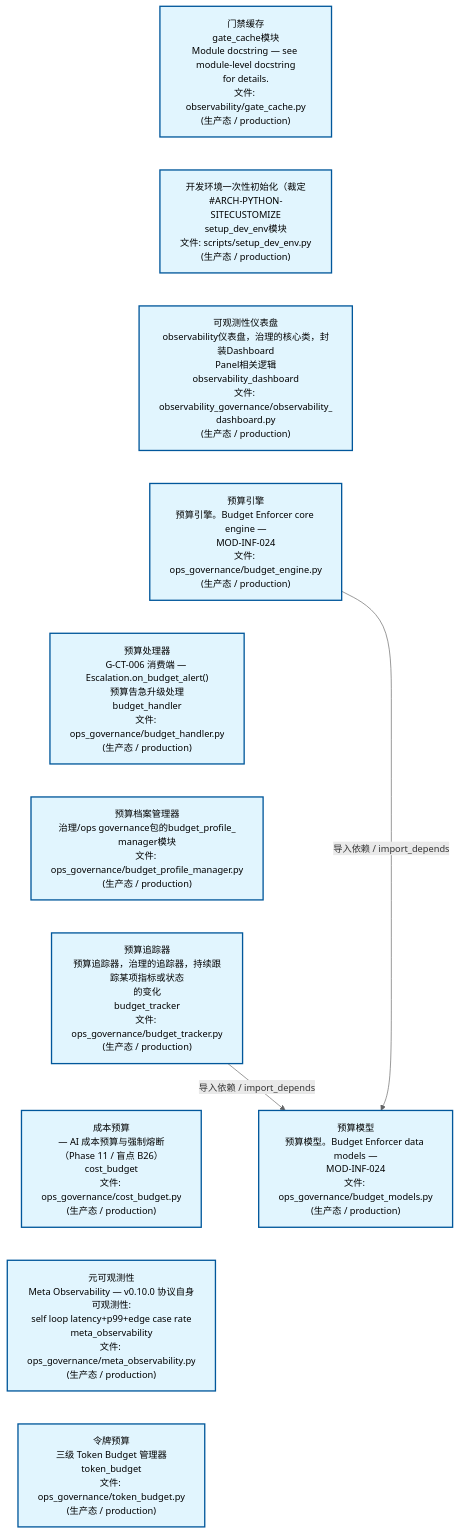
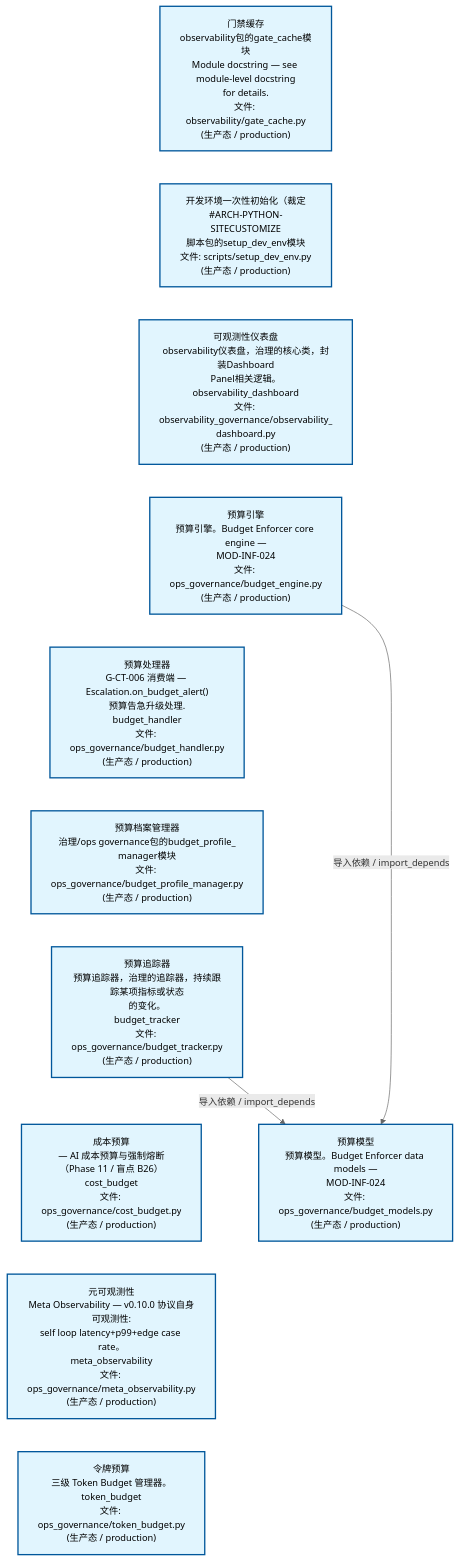
Before and after one commit to xuanFelixVan/ZephyrAlpha: the second of 3 diagrams in docs/02_enterprise_architecture/02_domain_architecture_docs/24_d_ops.md, drawn with Mermaid. The commit also changed other lines of this file and 58 other files, not shown here.

````diff
--- a/docs/02_enterprise_architecture/02_domain_architecture_docs/24_d_ops.md
+++ b/docs/02_enterprise_architecture/02_domain_architecture_docs/24_d_ops.md
@@ -125,31 +126,31 @@
 ```mermaid
 %%{init: {'theme': 'base', 'themeVariables': {'primaryColor': '#eaeaea', 'primaryTextColor': '#333333', 'primaryBorderColor': '#666666', 'lineColor': '#666666', 'secondaryColor': '#eaeaea', 'tertiaryColor': '#eaeaea', 'fontSize': '14px'}}}%%
 flowchart TD
-    scripts_governance_observability_gate_cache_py["门禁缓存<br/>gate_cache模块<br/>Module docstring — see module-level docstring<br/>for details.<br/>文件: observability/gate_cache.py<br/>(生产态 / production)"]
-    scripts_setup_dev_env_py["开发环境一次性初始化（裁定<br/>#ARCH-PYTHON-SITECUSTOMIZE<br/>setup_dev_env模块<br/>文件: scripts/setup_dev_env.py<br/>(生产态 / production)"]
-    src_zephyr_governance_observability_governance_observability_dashboard_py["可观测性仪表盘<br/>observability仪表盘，治理的核心类，封装Dashboard<br/>Panel相关逻辑<br/>observability_dashboard<br/>文件: observability_governance/observability_<br/>dashboard.py<br/>(生产态 / production)"]
+    scripts_governance_observability_gate_cache_py["门禁缓存<br/>observability包的gate_cache模块<br/>Module docstring — see module-level docstring<br/>for details.<br/>文件: observability/gate_cache.py<br/>(生产态 / production)"]
+    scripts_setup_dev_env_py["开发环境一次性初始化（裁定<br/>#ARCH-PYTHON-SITECUSTOMIZE<br/>脚本包的setup_dev_env模块<br/>文件: scripts/setup_dev_env.py<br/>(生产态 / production)"]
+    src_zephyr_governance_observability_governance_observability_dashboard_py["可观测性仪表盘<br/>observability仪表盘，治理的核心类，封装Dashboard<br/>Panel相关逻辑。<br/>observability_dashboard<br/>文件: observability_governance/observability_<br/>dashboard.py<br/>(生产态 / production)"]
     src_zephyr_governance_ops_governance_budget_engine_py["预算引擎<br/>预算引擎。Budget Enforcer core engine —<br/>MOD-INF-024<br/>文件: ops_governance/budget_engine.py<br/>(生产态 / production)"]
-    src_zephyr_governance_ops_governance_budget_handler_py["预算处理器<br/>G-CT-006 消费端 — Escalation.on_budget_alert()<br/>预算告急升级处理<br/>budget_handler<br/>文件: ops_governance/budget_handler.py<br/>(生产态 / production)"]
+    src_zephyr_governance_ops_governance_budget_handler_py["预算处理器<br/>G-CT-006 消费端 — Escalation.on_budget_alert()<br/>预算告急升级处理.<br/>budget_handler<br/>文件: ops_governance/budget_handler.py<br/>(生产态 / production)"]
     src_zephyr_governance_ops_governance_budget_profile_manager_py["预算档案管理器<br/>治理/ops governance包的budget_profile_<br/>manager模块<br/>文件: ops_governance/budget_profile_manager.py<br/>(生产态 / production)"]
-    src_zephyr_governance_ops_governance_budget_tracker_py["预算追踪器<br/>预算追踪器，治理的追踪器，持续跟踪某项指标或状态<br/>的变化<br/>budget_tracker<br/>文件: ops_governance/budget_tracker.py<br/>(生产态 / production)"]
+    src_zephyr_governance_ops_governance_budget_tracker_py["预算追踪器<br/>预算追踪器，治理的追踪器，持续跟踪某项指标或状态<br/>的变化。<br/>budget_tracker<br/>文件: ops_governance/budget_tracker.py<br/>(生产态 / production)"]
     src_zephyr_governance_ops_governance_cost_budget_py["成本预算<br/>— AI 成本预算与强制熔断（Phase 11 / 盲点 B26）<br/>cost_budget<br/>文件: ops_governance/cost_budget.py<br/>(生产态 / production)"]
-    src_zephyr_governance_ops_governance_meta_observability_py["元可观测性<br/>Meta Observability — v0.10.0 协议自身可观测性:<br/>self loop latency+p99+edge case rate<br/>meta_observability<br/>文件: ops_governance/meta_observability.py<br/>(生产态 / production)"]
-    src_zephyr_governance_ops_governance_token_budget_py["令牌预算<br/>三级 Token Budget 管理器<br/>token_budget<br/>文件: ops_governance/token_budget.py<br/>(生产态 / production)"]
+    src_zephyr_governance_ops_governance_meta_observability_py["元可观测性<br/>Meta Observability — v0.10.0 协议自身可观测性:<br/>self loop latency+p99+edge case rate。<br/>meta_observability<br/>文件: ops_governance/meta_observability.py<br/>(生产态 / production)"]
+    src_zephyr_governance_ops_governance_token_budget_py["令牌预算<br/>三级 Token Budget 管理器。<br/>token_budget<br/>文件: ops_governance/token_budget.py<br/>(生产态 / production)"]
     scripts_governance_observability_gate_cache_py ~~~ scripts_setup_dev_env_py
     scripts_setup_dev_env_py ~~~ src_zephyr_governance_observability_governance_observability_dashboard_py
     src_zephyr_governance_observability_governance_observability_dashboard_py ~~~ src_zephyr_governance_ops_governance_budget_engine_py
     src_zephyr_governance_ops_governance_budget_engine_py ~~~ src_zephyr_governance_ops_governance_budget_handler_py
     src_zephyr_governance_ops_governance_budget_handler_py ~~~ src_zephyr_governance_ops_governance_budget_profile_manager_py
     src_zephyr_governance_ops_governance_budget_profile_manager_py ~~~ src_zephyr_governance_ops_governance_budget_tracker_py
     src_zephyr_governance_ops_governance_budget_tracker_py ~~~ src_zephyr_governance_ops_governance_cost_budget_py
     src_zephyr_governance_ops_governance_cost_budget_py ~~~ src_zephyr_governance_ops_governance_meta_observability_py
     src_zephyr_governance_ops_governance_meta_observability_py ~~~ src_zephyr_governance_ops_governance_token_budget_py
     src_zephyr_governance_ops_governance_budget_models_py["预算模型<br/>预算模型。Budget Enforcer data models —<br/>MOD-INF-024<br/>文件: ops_governance/budget_models.py<br/>(生产态 / production)"]
+    src_zephyr_governance_ops_governance_budget_tracker_py -->|导入依赖 / import_depends| src_zephyr_governance_ops_governance_budget_models_py
     src_zephyr_governance_ops_governance_budget_engine_py -->|导入依赖 / import_depends| src_zephyr_governance_ops_governance_budget_models_py
-    src_zephyr_governance_ops_governance_budget_tracker_py -->|导入依赖 / import_depends| src_zephyr_governance_ops_governance_budget_models_py
     classDef production fill:#e1f5fe,stroke:#01579b,stroke-width:2px,color:#000
     classDef design fill:#fff3e0,stroke:#e65100,stroke-width:2px,color:#000,stroke-dasharray: 5 5
     classDef external_prod fill:#e8f4fd,stroke:#0277bd,stroke-width:1px,color:#000
     classDef external_design fill:#fff8e7,stroke:#ef6c00,stroke-width:1px,color:#000,stroke-dasharray: 5 5
     class scripts_governance_observability_gate_cache_py,scripts_setup_dev_env_py,src_zephyr_governance_observability_governance_observability_dashboard_py,src_zephyr_governance_ops_governance_budget_engine_py,src_zephyr_governance_ops_governance_budget_handler_py,src_zephyr_governance_ops_governance_budget_models_py,src_zephyr_governance_ops_governance_budget_profile_manager_py,src_zephyr_governance_ops_governance_budget_tracker_py,src_zephyr_governance_ops_governance_cost_budget_py,src_zephyr_governance_ops_governance_meta_observability_py,src_zephyr_governance_ops_governance_token_budget_py production
 ```
````
